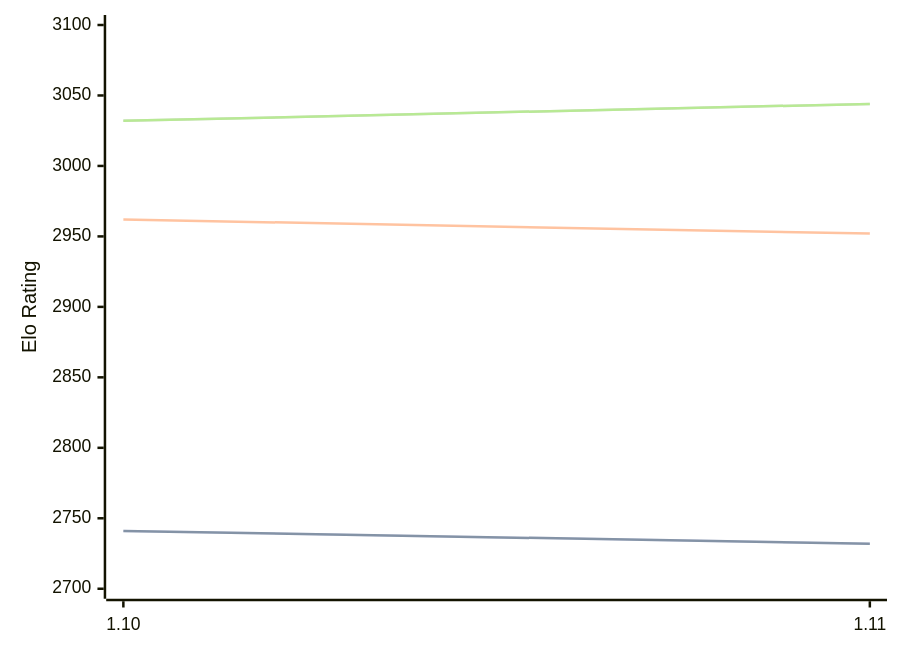
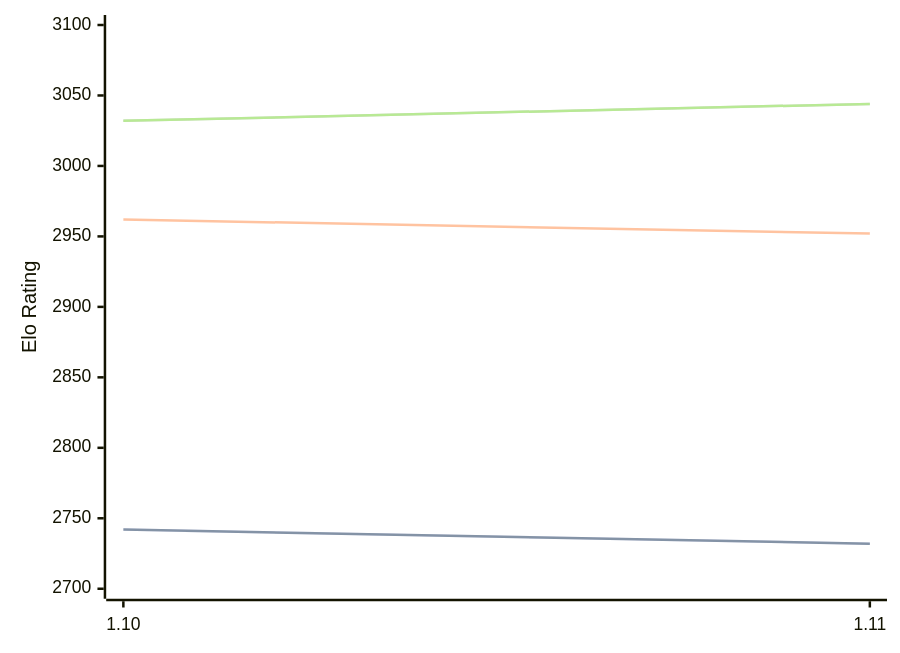
The diagram in engines/Roc.md (computer-chess-index/cci), drawn with Mermaid before and after one commit. The commit also changed other lines of this file, not shown here.

````diff
--- a/engines/Roc.md
+++ b/engines/Roc.md
@@ -42,11 +42,11 @@
 ```mermaid
 %%{init: {"theme":"base","themeVariables":{"seriesColors:['#a3a3a3','#222221','#faa371']}}}%%
 xychart-beta
   x-axis ["1.10", "1.11"]
   y-axis "Elo Rating" 2700 --> 3100
-  line "" [2741, 2732]
-  line "STC (8.0+0.08s)" [2741, 2732]
+  line "" [2742, 2732]
+  line "STC (8.0+0.08s)" [2742, 2732]
   line "LTC (60.0+0.60s)" [2962, 2952]
   line "" [3032, 3044]
   line "VLTC (2m24s+1.12s)" [3032, 3044]
 ```
````
